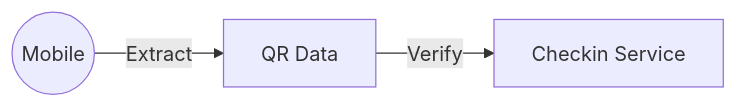
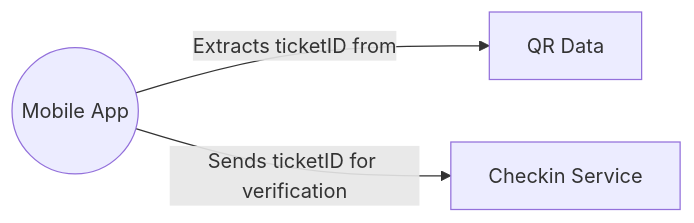
Diagram 24 of 28 in doc/UML/Phuoc_PaymentCheckin.md (SDN-Group5/Event-Ticketing-Platform), drawn with Mermaid before and after one commit. The commit also changed other lines of this file and 19 other files, not shown here.

````diff
--- a/doc/UML/Phuoc_PaymentCheckin.md
+++ b/doc/UML/Phuoc_PaymentCheckin.md
@@ -335,5 +354,5 @@
 ```mermaid
 graph LR
-    M((Mobile)) -- Extract --> QR[QR Data]
-    QR -- Verify --> C[Checkin Service]
+    M((Mobile App)) -- Extracts ticketID from --> QR[QR Data]
+    M -- Sends ticketID for verification --> C[Checkin Service]
 ```
````
